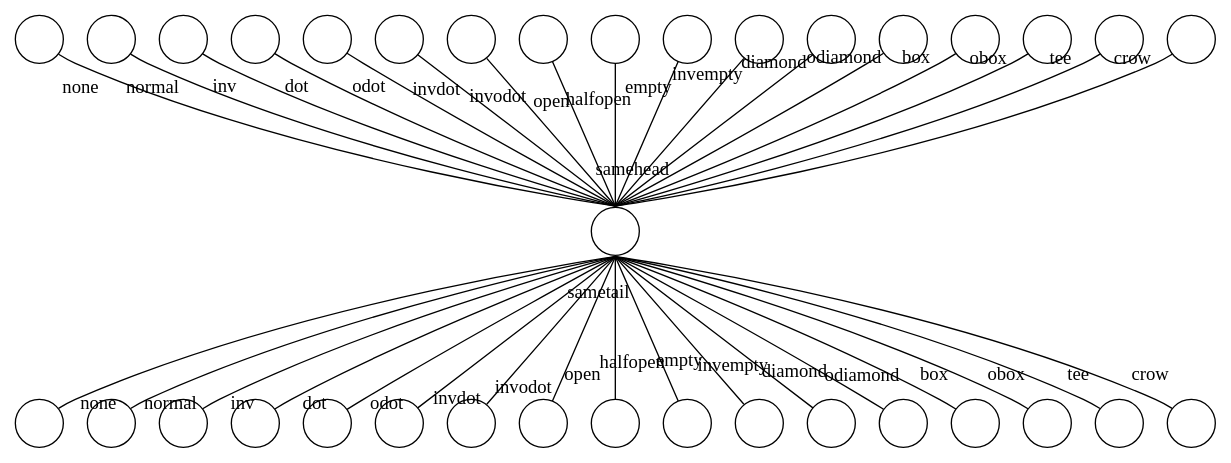
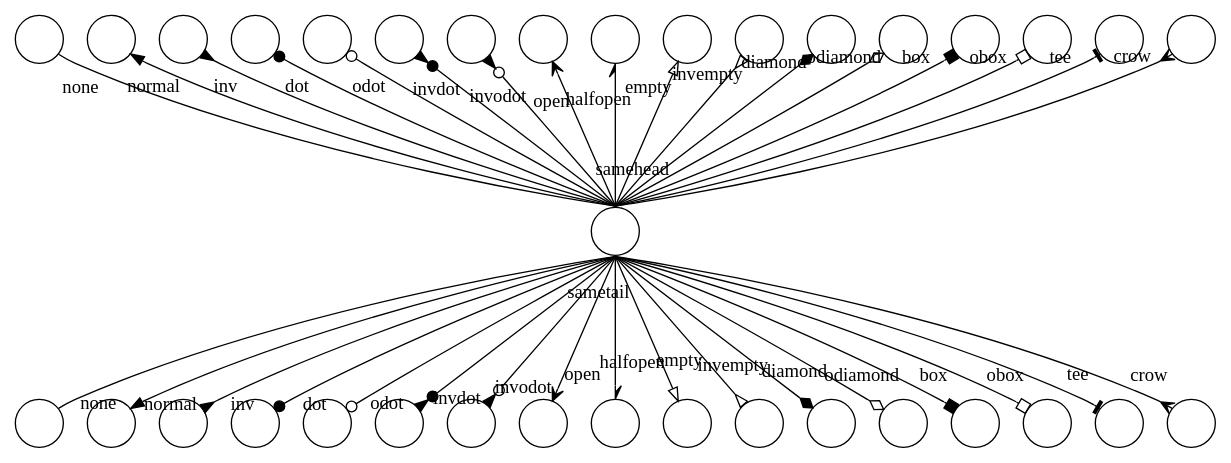
One commit to ellson/MOTHBALLED-graphviz changed the diagram in graphs/directed/oldarrows.gv. Above: the diagram before and after it, drawn with Graphviz.

Commit message:
fix for #2201 - arrows must also be enabled by dir attribute

```diff
--- a/graphs/directed/oldarrows.gv
+++ b/graphs/directed/oldarrows.gv
@@ -1,57 +1,54 @@
 digraph G {
   // leave some space for the head/taillabels
   graph [ranksep=1.5 splines=true overlap=false]
 
   // to avoid confusion, remember this:
   // it's spelt tail/head, but it's read start/end
 
-  // emphasize theatrically
-  // show only explicitly given head/tails
   // put head/tail labels farther from the node
-//  edge [arrowsize=2 dir=none labeldistance=3]
-  edge [dir=none labeldistance=3]
+  edge [labeldistance=3]
 
   // not interested in node labels
   node [shape=circle width=0.5 label=""]
 
   {
-    edge [samehead=ahead samearrowhead=1]
+    edge [dir=back samehead=ahead samearrowhead=1]
     a->Z [arrowtail=none taillabel=none]
     b->Z [arrowtail=normal taillabel=normal]
     c->Z [arrowtail=inv taillabel=inv]
     d->Z [arrowtail=dot taillabel=dot]
     e->Z [arrowtail=odot taillabel=odot]
     f->Z [arrowtail=invdot taillabel=invdot]
     g->Z [arrowtail=invodot taillabel=invodot]
     h->Z [arrowtail=open taillabel=open]
     i->Z [arrowtail=halfopen taillabel=halfopen arrowhead=inv headlabel=samehead]
     j->Z [arrowtail=empty taillabel=empty]
     k->Z [arrowtail=invempty taillabel=invempty]
     l->Z [arrowtail=diamond taillabel=diamond]
     m->Z [arrowtail=odiamond taillabel=odiamond]
     n->Z [arrowtail=box taillabel=box]
     o->Z [arrowtail=obox taillabel=obox]
     p->Z [arrowtail=tee taillabel=tee]
     q->Z [arrowtail=crow taillabel=crow]
   }
   {
     edge [sametail=atail samearrowtail=1]
     Z->A [arrowhead=none headlabel=none]
     Z->B [arrowhead=normal headlabel=normal]
     Z->C [arrowhead=inv headlabel=inv]
     Z->D [arrowhead=dot headlabel=dot]
     Z->E [arrowhead=odot headlabel=odot]
     Z->F [arrowhead=invdot headlabel=invdot]
     Z->G [arrowhead=invodot headlabel=invodot]
     Z->H [arrowhead=open headlabel=open]
     Z->I [arrowhead=halfopen headlabel=halfopen arrowtail=inv taillabel=sametail]
     Z->J [arrowhead=empty headlabel=empty]
     Z->K [arrowhead=invempty headlabel=invempty]
     Z->L [arrowhead=diamond headlabel=diamond]
     Z->M [arrowhead=odiamond headlabel=odiamond]
     Z->N [arrowhead=box headlabel=box]
     Z->O [arrowhead=obox headlabel=obox]
     Z->P [arrowhead=tee headlabel=tee]
     Z->Q [arrowhead=crow headlabel=crow]
   }
 }
```
